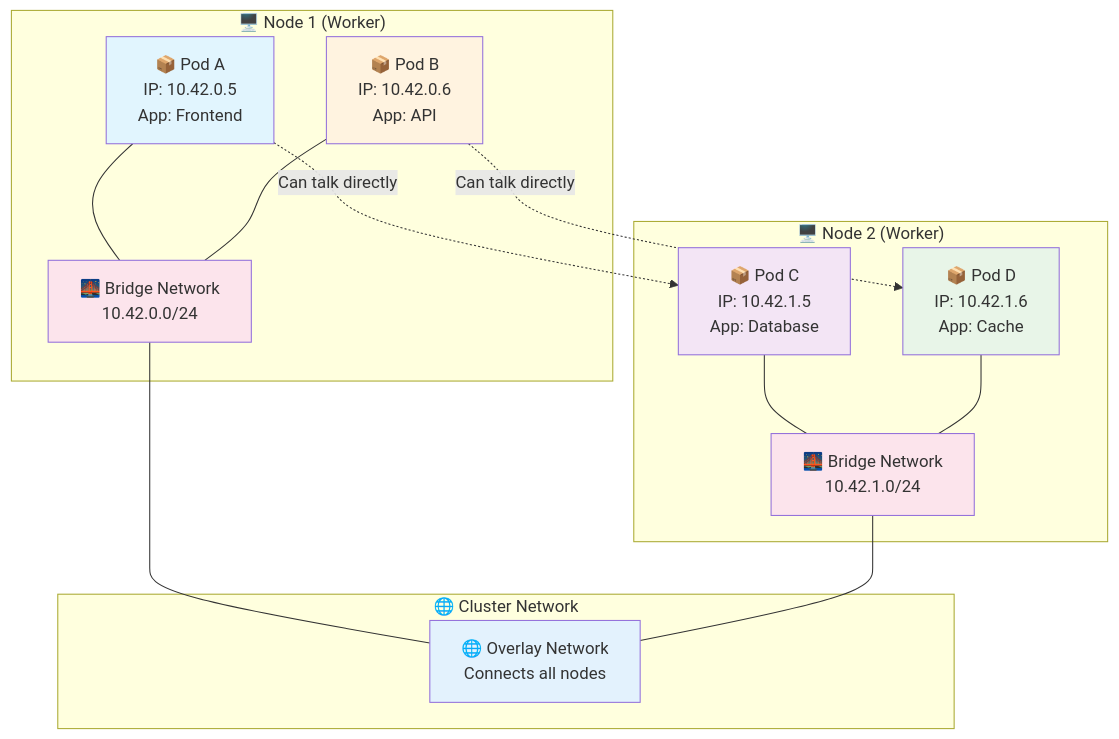
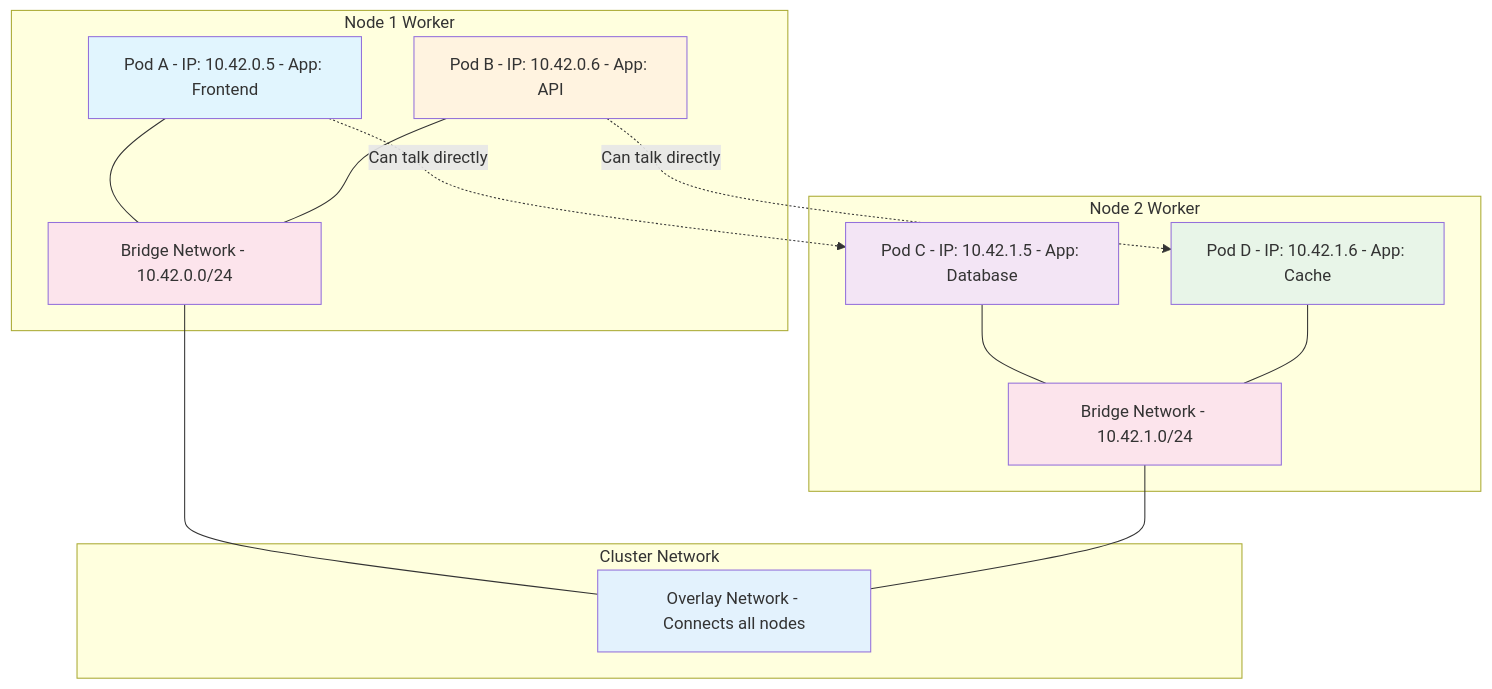
One commit to manikcloud/cloud-devops-learning-path changed the sixth of 26 diagrams in Section-2-DevOps/Session-7_Kubernetes/04-services-networking/README.md. Above: the diagram before and after it, drawn with Mermaid. The commit also changed other lines of this file, not shown here.

First line of the commit message:
Fix mermaid diagram syntax errors - Part 1

````diff
--- a/Section-2-DevOps/Session-7_Kubernetes/04-services-networking/README.md
+++ b/Section-2-DevOps/Session-7_Kubernetes/04-services-networking/README.md
@@ -208,36 +208,36 @@
 ```mermaid
 graph TB
-    subgraph "🖥️ Node 1 (Worker)"
-        POD1[📦 Pod A<br/>IP: 10.42.0.5<br/>App: Frontend]
-        POD2[📦 Pod B<br/>IP: 10.42.0.6<br/>App: API]
-        BRIDGE1[🌉 Bridge Network<br/>10.42.0.0/24]
+    subgraph "Node 1 Worker"
+        POD1[Pod A - IP: 10.42.0.5 - App: Frontend]
+        POD2[Pod B - IP: 10.42.0.6 - App: API]
+        BRIDGE1[Bridge Network - 10.42.0.0/24]
         POD1 --- BRIDGE1
         POD2 --- BRIDGE1
     end
     
-    subgraph "🖥️ Node 2 (Worker)"
-        POD3[📦 Pod C<br/>IP: 10.42.1.5<br/>App: Database]
-        POD4[📦 Pod D<br/>IP: 10.42.1.6<br/>App: Cache]
-        BRIDGE2[🌉 Bridge Network<br/>10.42.1.0/24]
+    subgraph "Node 2 Worker"
+        POD3[Pod C - IP: 10.42.1.5 - App: Database]
+        POD4[Pod D - IP: 10.42.1.6 - App: Cache]
+        BRIDGE2[Bridge Network - 10.42.1.0/24]
         POD3 --- BRIDGE2
         POD4 --- BRIDGE2
     end
     
-    subgraph "🌐 Cluster Network"
-        OVERLAY[🌐 Overlay Network<br/>Connects all nodes]
+    subgraph "Cluster Network"
+        OVERLAY[Overlay Network - Connects all nodes]
     end
     
     BRIDGE1 --- OVERLAY
     BRIDGE2 --- OVERLAY
     
     POD1 -.->|Can talk directly| POD3
     POD2 -.->|Can talk directly| POD4
     
     style POD1 fill:#e1f5fe
     style POD2 fill:#fff3e0
     style POD3 fill:#f3e5f5
     style POD4 fill:#e8f5e8
     style BRIDGE1 fill:#fce4ec
     style BRIDGE2 fill:#fce4ec
     style OVERLAY fill:#e3f2fd
 ```
````
